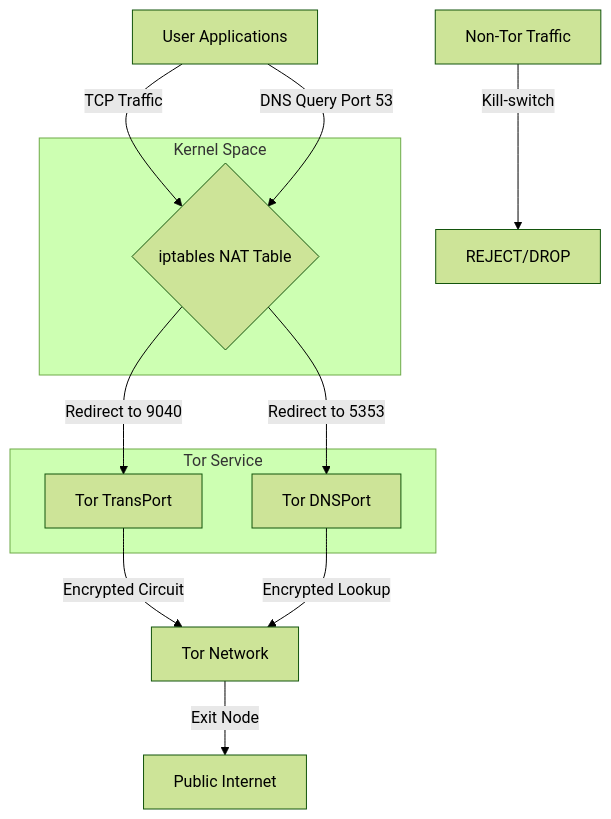
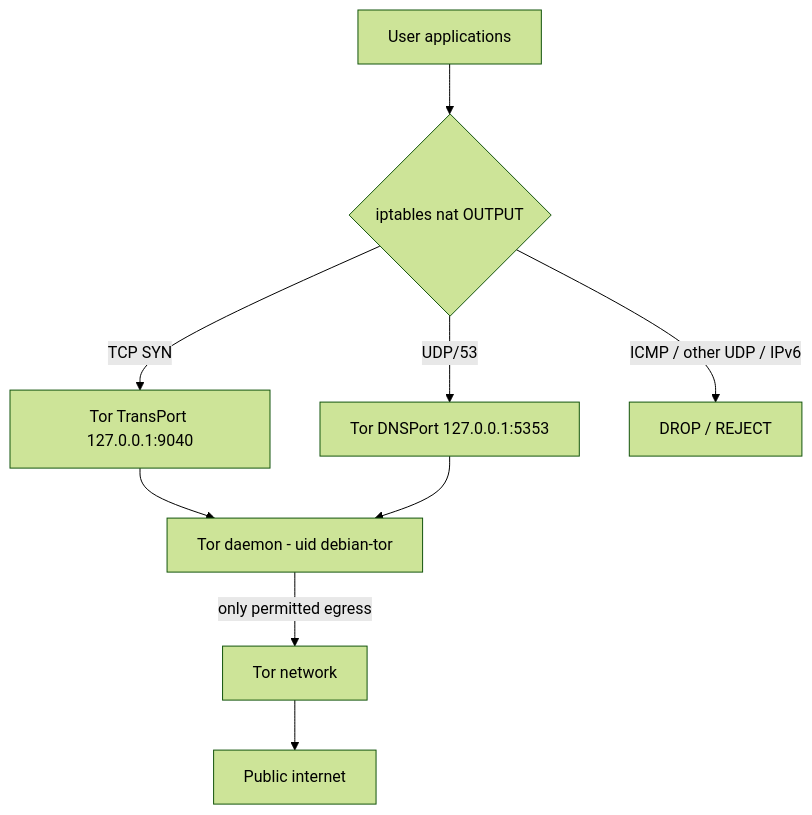
One commit to HAMZOO0/Specter-OS changed the diagram in README.md. Above: the diagram before and after it, drawn with Mermaid (forest theme). The commit also changed other lines of this file and 8 other files, not shown here.

````diff
--- a/README.md
+++ b/README.md
@@ -19,21 +49,11 @@
 ```mermaid
-graph TD
-    A[User Applications] -->|TCP Traffic| B{iptables NAT Table}
-    A -->|DNS Query Port 53| B
-    B -->|Redirect to 9040| C[Tor TransPort]
-    B -->|Redirect to 5353| D[Tor DNSPort]
-    C -->|Encrypted Circuit| E[Tor Network]
-    D -->|Encrypted Lookup| E
-    E -->|Exit Node| F[Public Internet]
-
-    subgraph "Kernel Space"
-    B
-    end
-
-    subgraph "Tor Service"
-    C
-    D
-    end
-
-    G[Non-Tor Traffic] -->|Kill-switch| H[REJECT/DROP]
+flowchart TD
+    A[User applications] --> B{iptables nat OUTPUT}
+    B -- "TCP SYN" --> C[Tor TransPort 127.0.0.1:9040]
+    B -- "UDP/53" --> D[Tor DNSPort 127.0.0.1:5353]
+    B -- "ICMP / other UDP / IPv6" --> X[DROP / REJECT]
+    C --> T[Tor daemon - uid debian-tor]
+    D --> T
+    T -- "only permitted egress" --> N[Tor network]
+    N --> I[Public internet]
 ```
````
